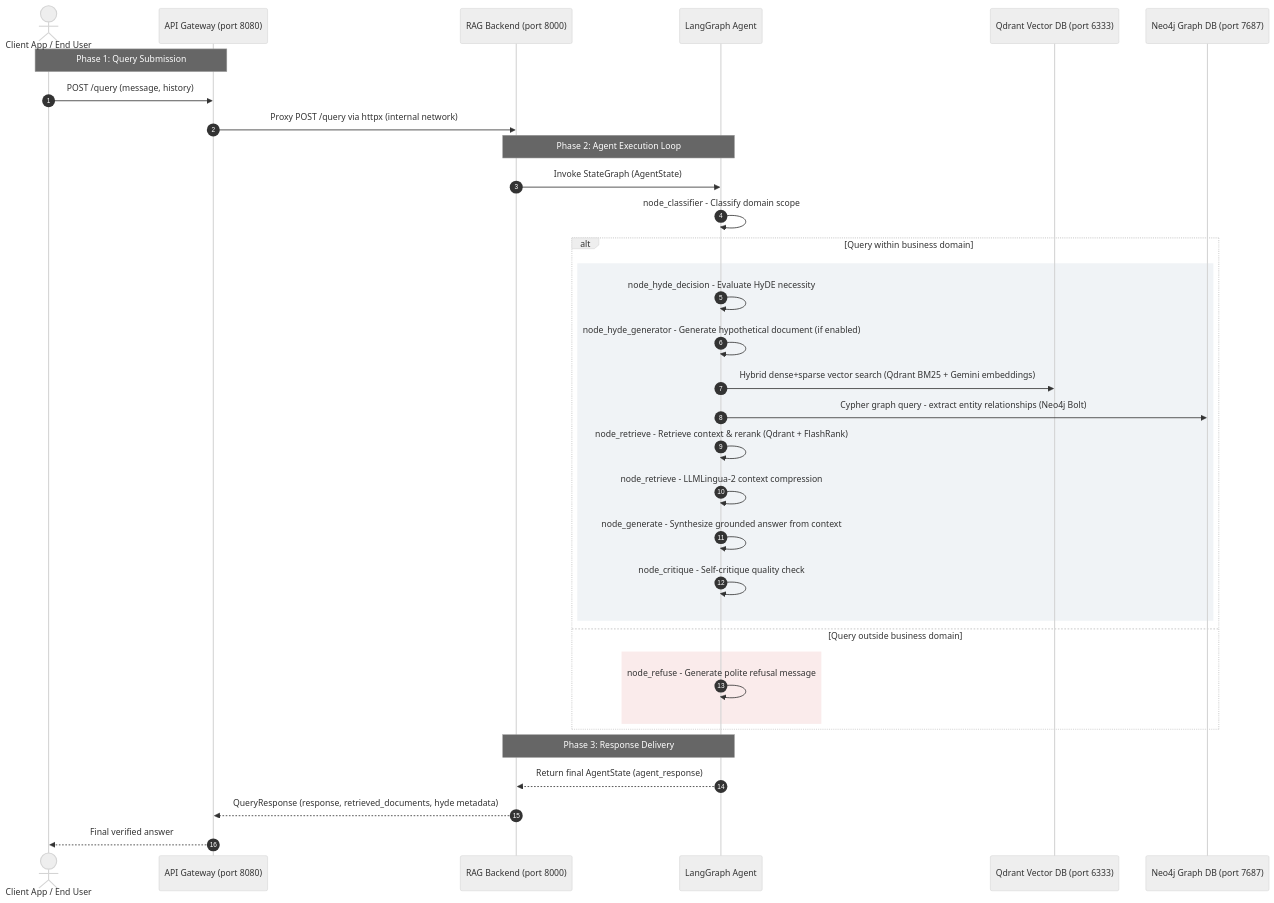
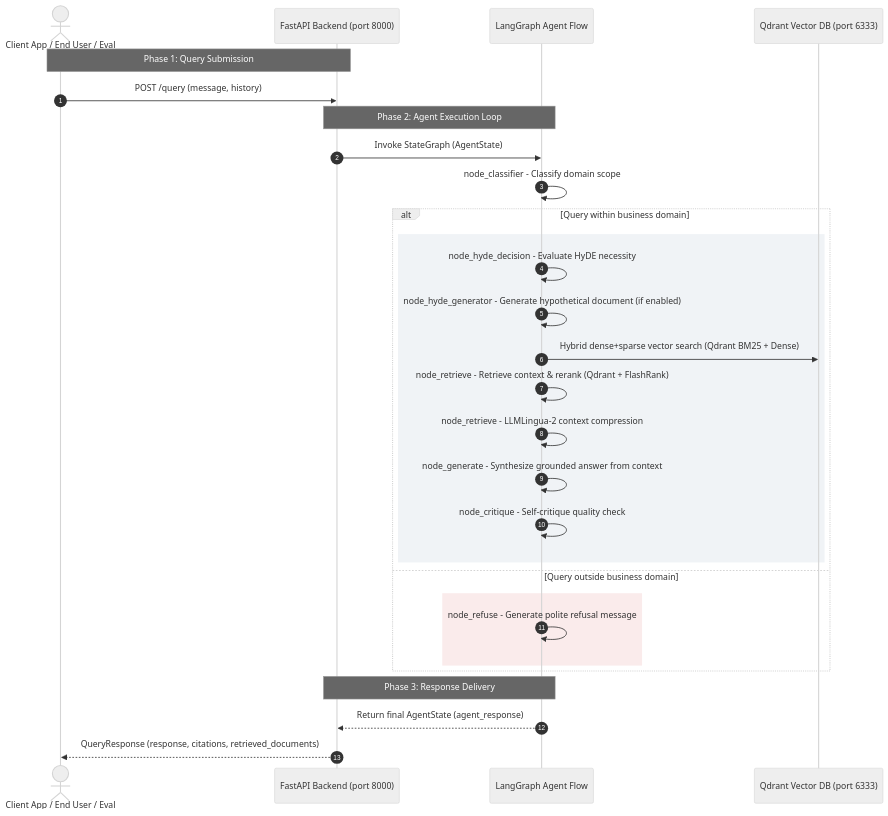
One commit to boycececil666gmailcom/Enterprise-RAG-Engine changed the second of 3 diagrams in README.md. Above: the diagram before and after it, drawn with Mermaid. The commit also changed other lines of this file and 33 other files, not shown here.

Commit message:
feat: add Docker Compose infrastructure, RAG evaluation pipeline documentation, and backend configuration logic

````diff
--- a/README.md
+++ b/README.md
@@ -58,44 +54,39 @@
 ```mermaid
 ---
 config:
   theme: neutral
 ---
 sequenceDiagram
     autonumber
-    actor Client as Client App / End User
-    participant GW as API Gateway (port 8080)
-    participant BE as RAG Backend (port 8000)
-    participant AG as LangGraph Agent
+    actor Client as Client App / End User / Eval
+    participant BE as FastAPI Backend (port 8000)
+    participant AG as LangGraph Agent Flow
     participant VDB as Qdrant Vector DB (port 6333)
-    participant GDB as Neo4j Graph DB (port 7687)
 
-    Note over Client, GW: Phase 1: Query Submission
-    Client->>GW: POST /query (message, history)
-    GW->>BE: Proxy POST /query via httpx (internal network)
+    Note over Client, BE: Phase 1: Query Submission
+    Client->>BE: POST /query (message, history)
 
     Note over BE, AG: Phase 2: Agent Execution Loop
     BE->>AG: Invoke StateGraph (AgentState)
     AG->>AG: node_classifier - Classify domain scope
 
     alt Query within business domain
         rect rgb(240, 243, 246)
             AG->>AG: node_hyde_decision - Evaluate HyDE necessity
             AG->>AG: node_hyde_generator - Generate hypothetical document (if enabled)
-            AG->>VDB: Hybrid dense+sparse vector search (Qdrant BM25 + Gemini embeddings)
-            AG->>GDB: Cypher graph query - extract entity relationships (Neo4j Bolt)
+            AG->>VDB: Hybrid dense+sparse vector search (Qdrant BM25 + Dense)
             AG->>AG: node_retrieve - Retrieve context & rerank (Qdrant + FlashRank)
             AG->>AG: node_retrieve - LLMLingua-2 context compression
             AG->>AG: node_generate - Synthesize grounded answer from context
             AG->>AG: node_critique - Self-critique quality check
         end
     else Query outside business domain
         rect rgb(250, 235, 235)
             AG->>AG: node_refuse - Generate polite refusal message
         end
     end
 
     Note over AG, BE: Phase 3: Response Delivery
     AG-->>BE: Return final AgentState (agent_response)
-    BE-->>GW: QueryResponse (response, retrieved_documents, hyde metadata)
-    GW-->>Client: Final verified answer
+    BE-->>Client: QueryResponse (response, citations, retrieved_documents)
 ```
````
